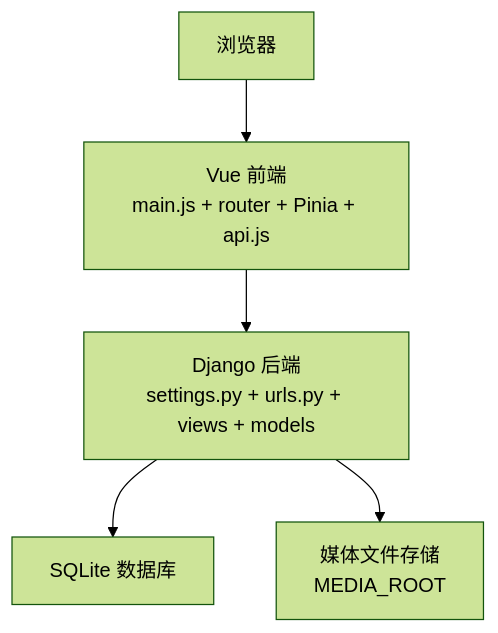
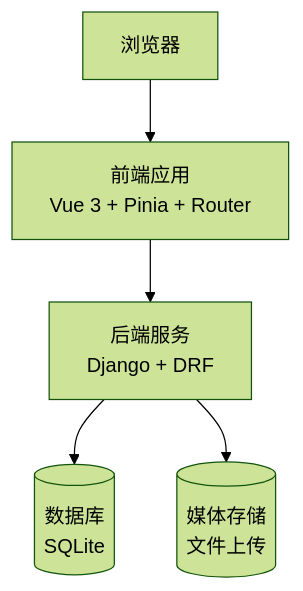
Before and after one commit to Blaipchi/LLM_AIfriends: the second of 7 diagrams in .qoder/repowiki/zh/content/项目概述.md, drawn with Mermaid (forest theme). The commit also changed other lines of this file and 89 other files, not shown here.

````diff
--- a/.qoder/repowiki/zh/content/项目概述.md
+++ b/.qoder/repowiki/zh/content/项目概述.md
@@ -115,12 +152,12 @@
 ```mermaid
 graph TB
 Browser["浏览器"]
-Frontend["Vue 前端<br/>main.js + router + Pinia + api.js"]
-Backend["Django 后端<br/>settings.py + urls.py + views + models"]
-DB["SQLite 数据库"]
-Media["媒体文件存储<br/>MEDIA_ROOT"]
+Frontend["前端应用<br/>Vue 3 + Pinia + Router"]
+Backend["后端服务<br/>Django + DRF"]
+DB[("数据库<br/>SQLite")]
+Media[("媒体存储<br/>文件上传")]
 Browser --> Frontend
 Frontend --> Backend
 Backend --> DB
 Backend --> Media
 ```
````
